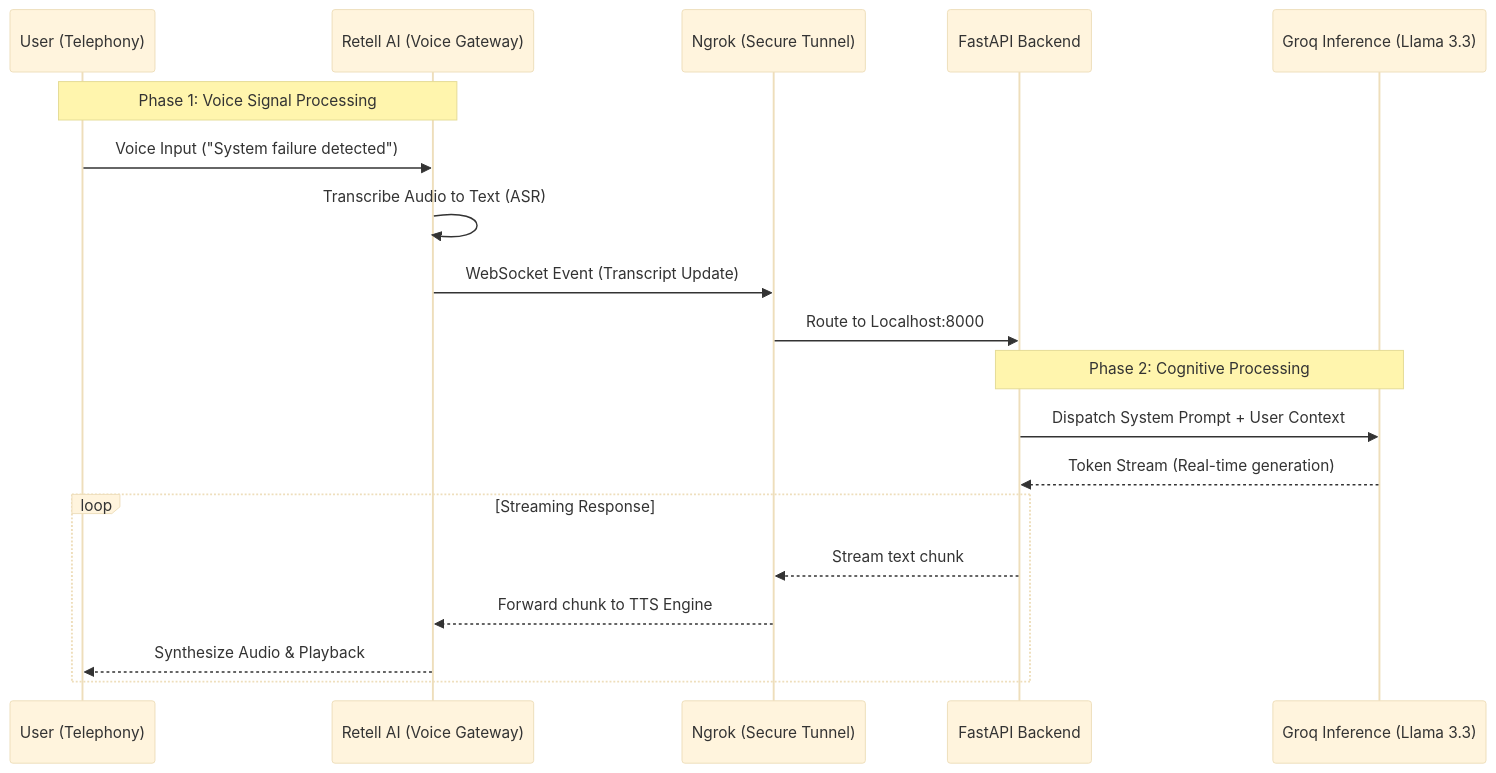
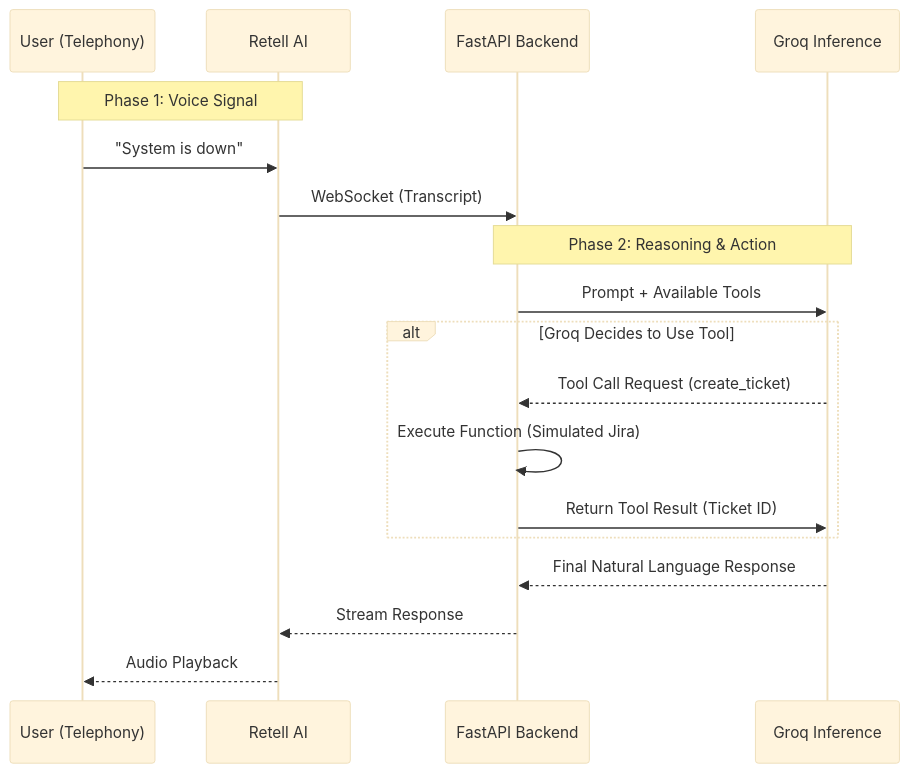
Before and after one commit to DHZ1LL10/ai-incident-commander: the diagram in README.md, drawn with Mermaid (base theme). The commit also changed other lines of this file, not shown here.

Commit message:
README update 17/01

````diff
--- a/README.md
+++ b/README.md
@@ -19,24 +21,24 @@
 ```mermaid
 sequenceDiagram
     participant User as User (Telephony)
-    participant Retell as Retell AI (Voice Gateway)
-    participant Ngrok as Ngrok (Secure Tunnel)
+    participant Retell as Retell AI
     participant Python as FastAPI Backend
-    participant Groq as Groq Inference (Llama 3.3)
+    participant Groq as Groq Inference
 
-    Note over User, Retell: Phase 1: Voice Signal Processing
-    User->>Retell: Voice Input ("System failure detected")
-    Retell->>Retell: Transcribe Audio to Text (ASR)
-    Retell->>Ngrok: WebSocket Event (Transcript Update)
-    Ngrok->>Python: Route to Localhost:8000
+    Note over User, Retell: Phase 1: Voice Signal
+    User->>Retell: "System is down"
+    Retell->>Python: WebSocket (Transcript)
 
-    Note over Python, Groq: Phase 2: Cognitive Processing
-    Python->>Groq: Dispatch System Prompt + User Context
-    Groq-->>Python: Token Stream (Real-time generation)
+    Note over Python, Groq: Phase 2: Reasoning & Action
+    Python->>Groq: Prompt + Available Tools
+    
+    alt Groq Decides to Use Tool
+        Groq-->>Python: Tool Call Request (create_ticket)
+        Python->>Python: Execute Function (Simulated Jira)
+        Python->>Groq: Return Tool Result (Ticket ID)
+    end
 
-    loop Streaming Response
-        Python-->>Ngrok: Stream text chunk
-        Ngrok-->>Retell: Forward chunk to TTS Engine
-        Retell-->>User: Synthesize Audio & Playback
-    end
+    Groq-->>Python: Final Natural Language Response
+    Python-->>Retell: Stream Response
+    Retell-->>User: Audio Playback
 ```
````
